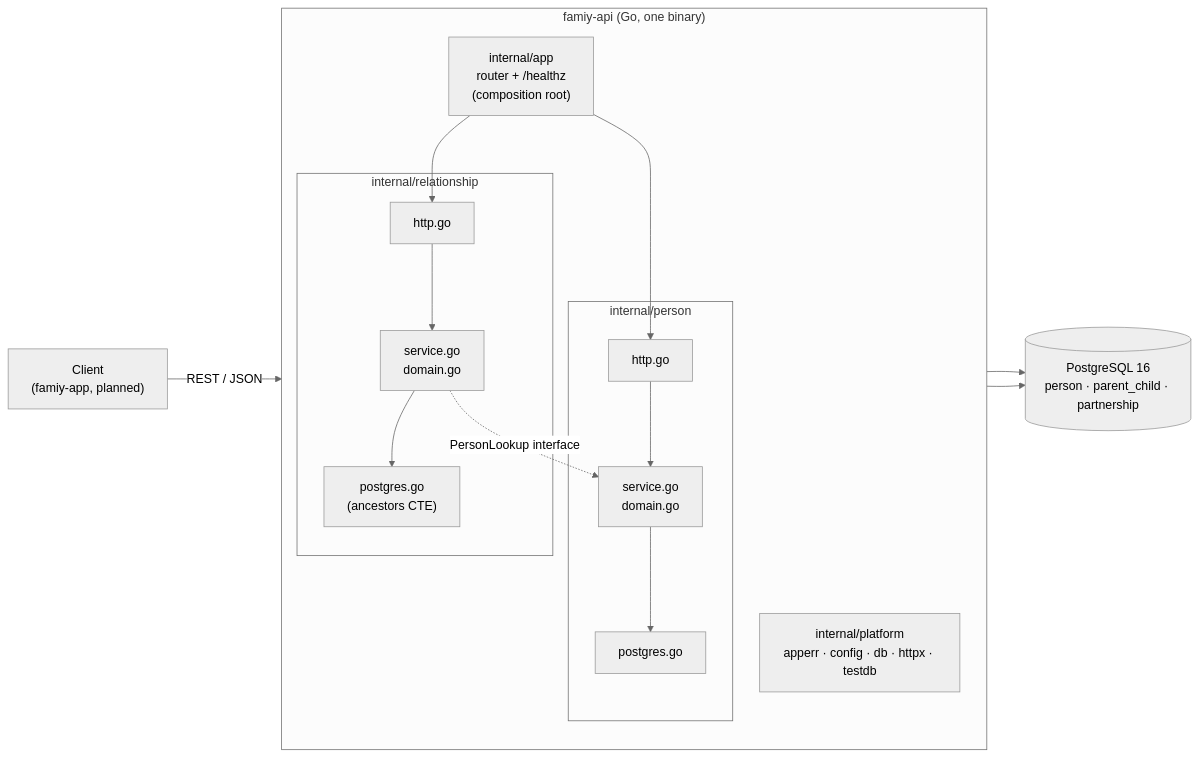
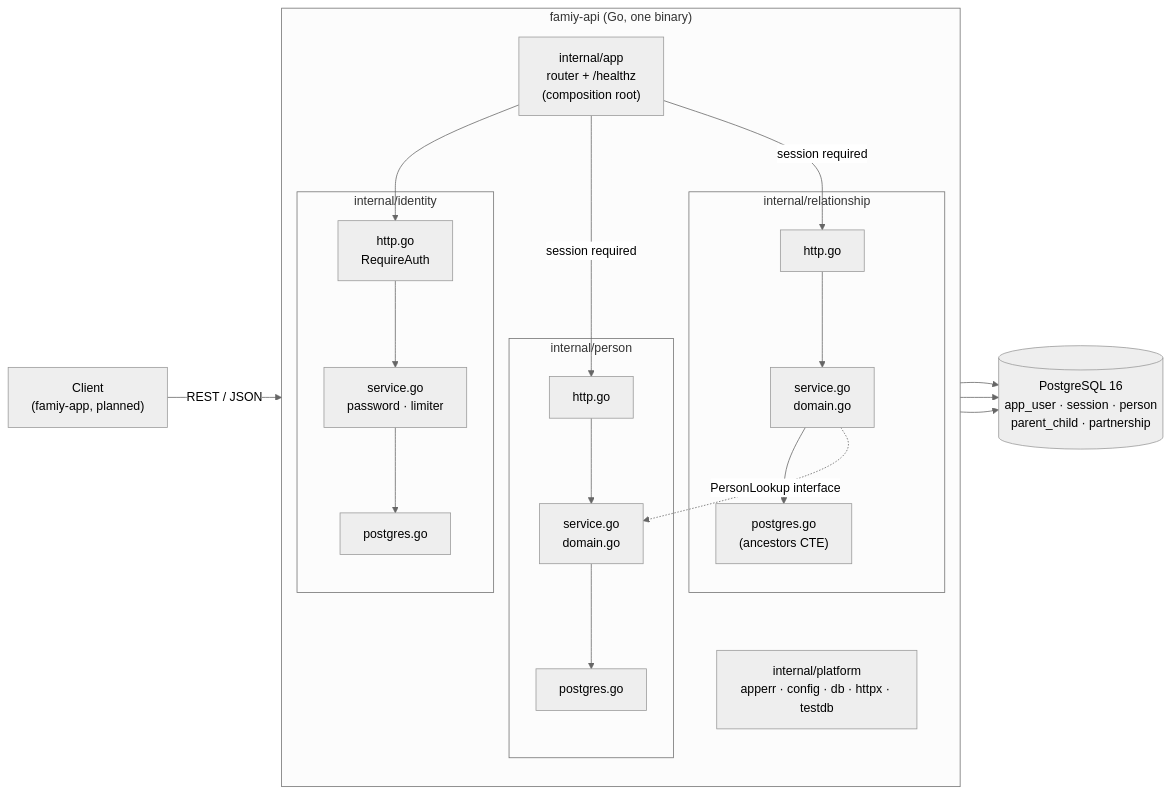
One commit to salmanetamo/famiy changed the diagram in docs/04—ARCHITECTURE_OVERVIEW.md. Above: the diagram before and after it, drawn with Mermaid (neutral theme). The commit also changed other lines of this file and 22 other files, not shown here.

````diff
--- a/docs/04—ARCHITECTURE_OVERVIEW.md
+++ b/docs/04—ARCHITECTURE_OVERVIEW.md
@@ -10,22 +10,27 @@
 ```mermaid
 flowchart LR
     client["Client<br/>(famiy-app, planned)"] -->|REST / JSON| router
 
     subgraph api["famiy-api (Go, one binary)"]
         direction TB
         router["internal/app<br/>router + /healthz<br/>(composition root)"]
+        subgraph ident["internal/identity"]
+            ih["http.go<br/>RequireAuth"] --> is["service.go<br/>password · limiter"] --> ir["postgres.go"]
+        end
         subgraph person["internal/person"]
             ph["http.go"] --> ps["service.go<br/>domain.go"] --> pr["postgres.go"]
         end
         subgraph rel["internal/relationship"]
             rh["http.go"] --> rs["service.go<br/>domain.go"] --> rr["postgres.go<br/>(ancestors CTE)"]
         end
         platform["internal/platform<br/>apperr · config · db · httpx · testdb"]
-        router --> ph
-        router --> rh
+        router --> ih
+        router -->|"session required"| ph
+        router -->|"session required"| rh
         rs -. "PersonLookup interface" .-> ps
     end
 
-    pr --> pg[("PostgreSQL 16<br/>person · parent_child · partnership")]
+    pr --> pg[("PostgreSQL 16<br/>app_user · session · person<br/>parent_child · partnership")]
     rr --> pg
+    ir --> pg
 ```
````
